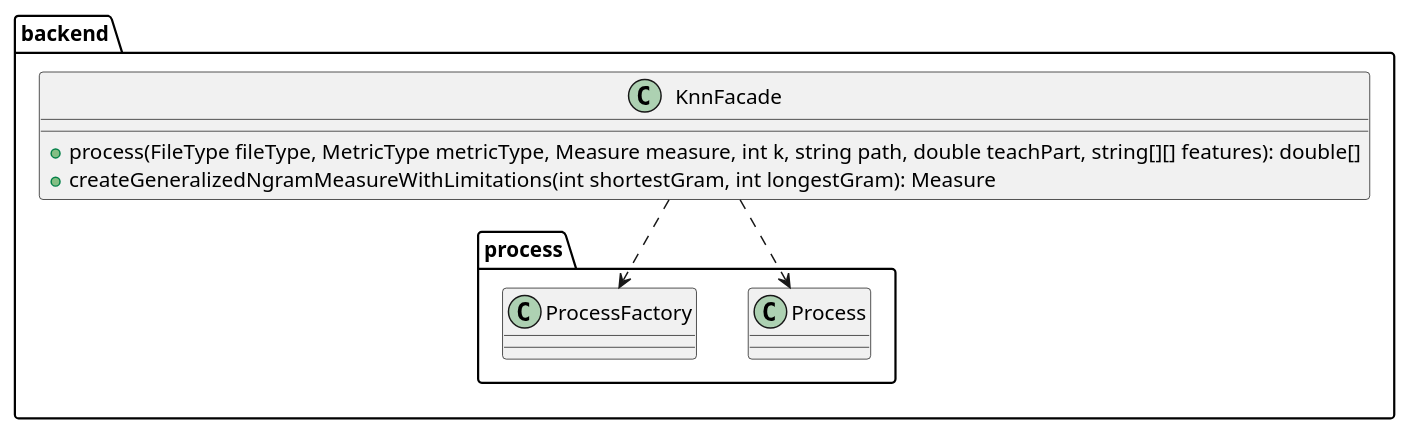
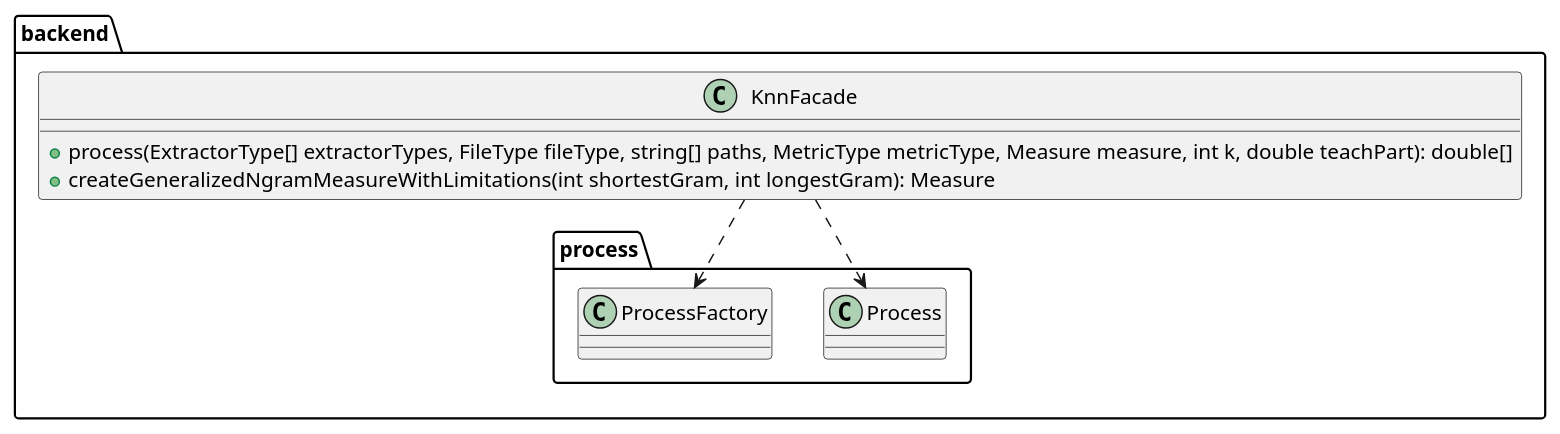
One commit to kambed/Computer-Recognition-Systems changed the tenth of 10 diagrams in README.md. Above: the diagram before and after it, drawn with PlantUML. The commit also changed other lines of this file and 10 other files, not shown here.

Commit message:
Frontend finished with UML bugfixes

````diff
--- a/README.md
+++ b/README.md
@@ -413,15 +414,15 @@
 ```plantuml
 top to bottom direction
 package backend {
     class KnnFacade {
-        + process(FileType fileType, MetricType metricType, Measure measure, int k, string path, double teachPart, string[][] features): double[]
+        + process(ExtractorType[] extractorTypes, FileType fileType, string[] paths, MetricType metricType, Measure measure, int k, double teachPart): double[]
         + createGeneralizedNgramMeasureWithLimitations(int shortestGram, int longestGram): Measure
     }
     package process {
         class Process
         class ProcessFactory
     }
     KnnFacade ..> ProcessFactory
     KnnFacade ..> Process
 }
 ```
````
